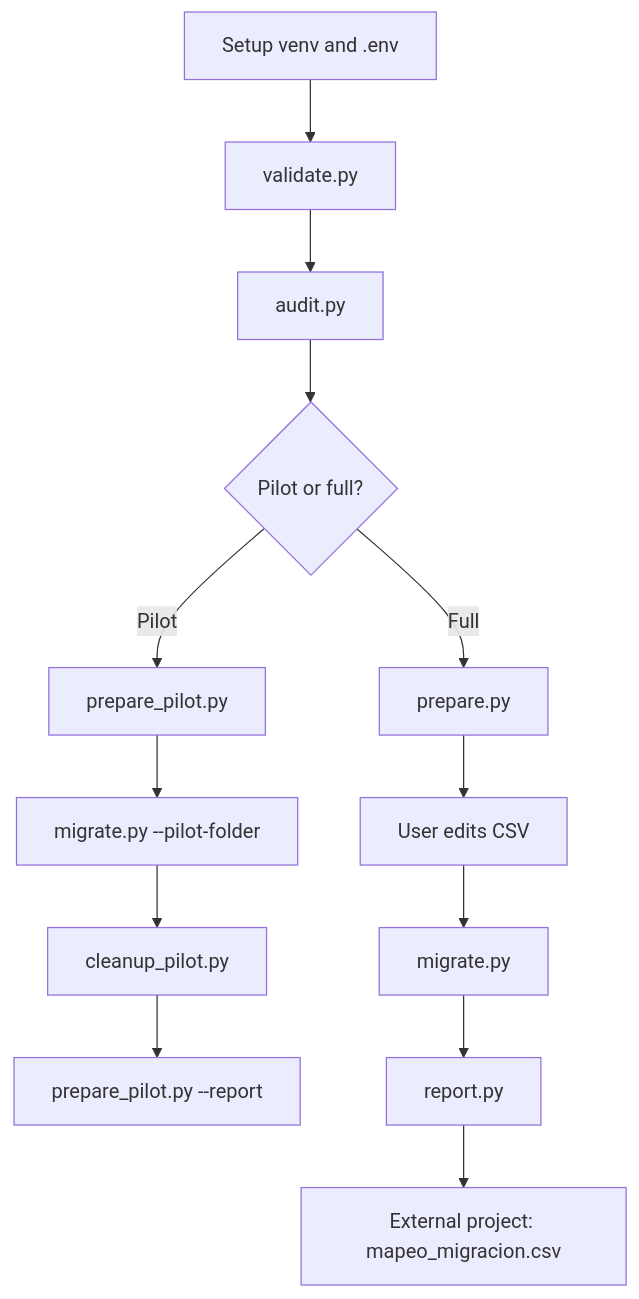
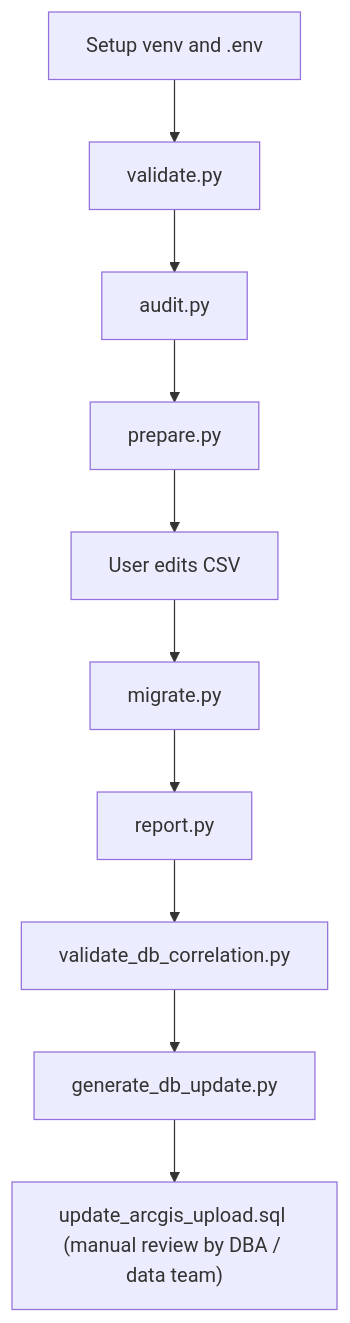
The first of 2 diagrams in docs/WORKFLOW.md (iodani/arcgis-portal-migration), drawn with Mermaid before and after one commit. The commit also changed other lines of this file and 22 other files, not shown here.

Commit message:
feat: correlate arcgis_upload, generate destino token SQL, and drop the pilot workflow

````diff
--- a/docs/WORKFLOW.md
+++ b/docs/WORKFLOW.md
@@ -9,15 +11,12 @@
 ```mermaid
 flowchart TD
   Setup[Setup venv and .env] --> Validate[validate.py]
   Validate --> Audit[audit.py]
-  Audit --> PilotChoice{Pilot or full?}
-  PilotChoice -->|Pilot| PreparePilot[prepare_pilot.py]
-  PilotChoice -->|Full| Prepare[prepare.py]
-  PreparePilot --> MigratePilot[migrate.py --pilot-folder]
-  MigratePilot --> Cleanup[cleanup_pilot.py]
-  Cleanup --> PilotReport[prepare_pilot.py --report]
+  Audit --> Prepare[prepare.py]
   Prepare --> Curate[User edits CSV]
   Curate --> Migrate[migrate.py]
   Migrate --> Report[report.py]
-  Report --> External[External project: mapeo_migracion.csv]
+  Report --> ValidateDb[validate_db_correlation.py]
+  ValidateDb --> GenerateSql[generate_db_update.py]
+  GenerateSql --> External["update_arcgis_upload.sql (manual review by DBA / data team)"]
 ```
````
